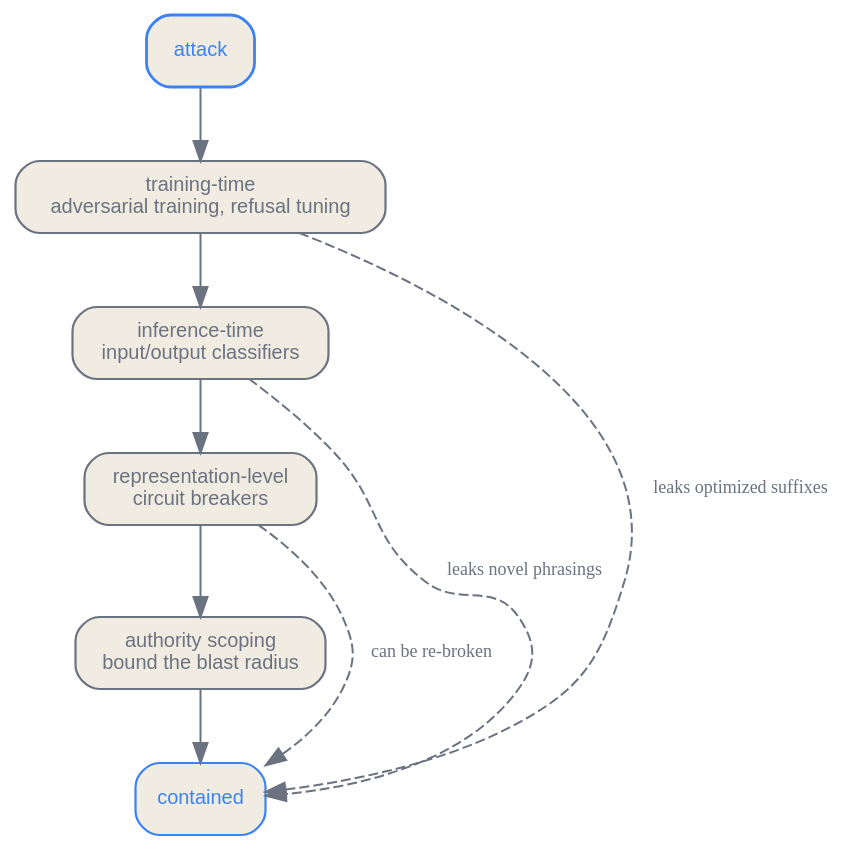
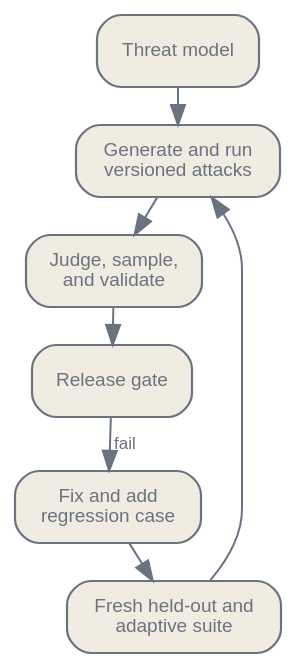
The second of 2 diagrams in en/safety/05-adversarial-robustness.qmd (latere-ai/ai-as-an-infrastructure), drawn with Graphviz before and after one commit. The commit also changed other lines of this file and 4 other files, not shown here.

````diff
--- a/en/safety/05-adversarial-robustness.qmd
+++ b/en/safety/05-adversarial-robustness.qmd
@@ -155,22 +243,22 @@
 ```{dot}
-//| label: fig-adv-defense-layers
-//| fig-cap: "Defense in depth against jailbreaks and injection. Each layer catches a different family and leaks others: training-time hardening generalizes poorly to optimized suffixes, classifiers add latency and miss novel phrasings, representation defenses can be re-broken, and only authority scoping bounds the damage when the upstream layers fail."
-digraph defenses {
+//| label: fig-adv-red-team-loop
+//| fig-cap: "A red-team program turns a stated threat model into versioned evidence, fixes, regression cases, and a fresh adaptive evaluation. Release is a decision under uncertainty, not a certificate of permanent robustness."
+digraph {
+  bgcolor="transparent";
   rankdir=TB;
-  bgcolor="transparent";
-  node [shape=box, style="rounded,filled", fontname="Helvetica", fontsize=10, color="#6b7280", fontcolor="#6b7280", fillcolor="#f1ece1", penwidth=1.1];
-  edge [color="#6b7280", fontcolor="#6b7280", fontsize=9];
+  nodesep=0.18; ranksep=0.25;
+  node [shape=box, style="rounded,filled", fontname="Helvetica", fontsize=9.5, color="#6b7280", fontcolor="#6b7280", fillcolor="#f1ece1", penwidth=1.1];
+  edge [fontsize=8.5, fontname="Helvetica", color="#6b7280", fontcolor="#6b7280"];
 
-  atk [label="attack", color="#3b82f6", fontcolor="#3b82f6", penwidth=1.4];
-  adv [label="training-time\nadversarial training, refusal tuning"];
-  cls [label="inference-time\ninput/output classifiers"];
-  rep [label="representation-level\ncircuit breakers"];
-  aut [label="authority scoping\nbound the blast radius"];
-  safe [label="contained", color="#3b82f6", fontcolor="#3b82f6"];
+  threat [label="Threat model"];
+  attack [label="Generate and run\nversioned attacks"];
+  judge [label="Judge, sample,\nand validate"];
+  decide [label="Release gate"];
+  fix [label="Fix and add\nregression case"];
+  fresh [label="Fresh held-out and\nadaptive suite"];
 
-  atk -> adv -> cls -> rep -> aut -> safe;
-  adv -> safe [label="leaks optimized suffixes", style=dashed, constraint=false];
-  cls -> safe [label="leaks novel phrasings", style=dashed, constraint=false];
-  rep -> safe [label="can be re-broken", style=dashed, constraint=false];
+  threat -> attack -> judge -> decide;
+  decide -> fix [label="fail"];
+  fix -> fresh -> attack;
 }
 ```
````
